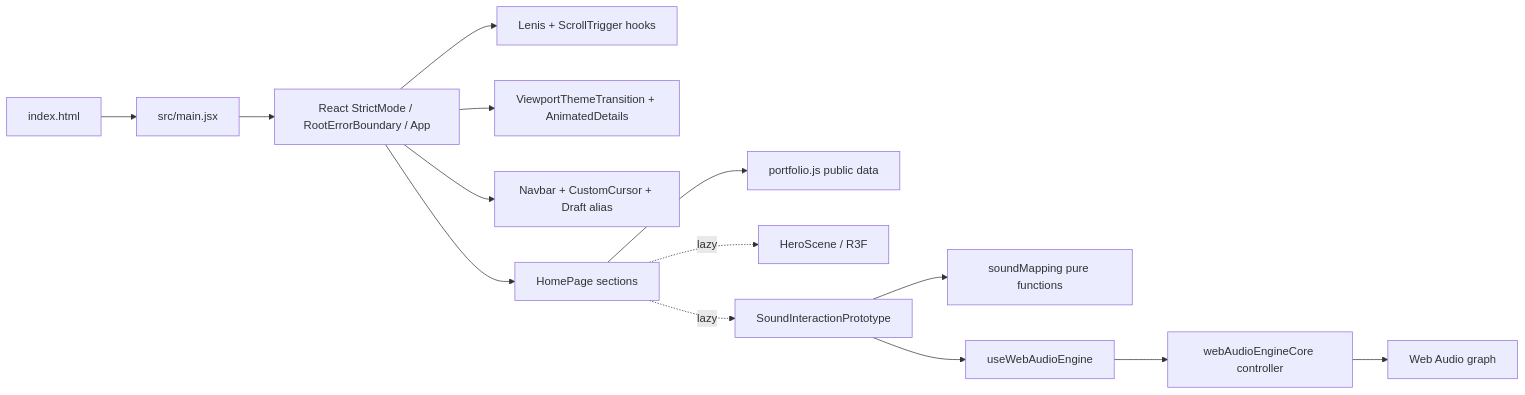
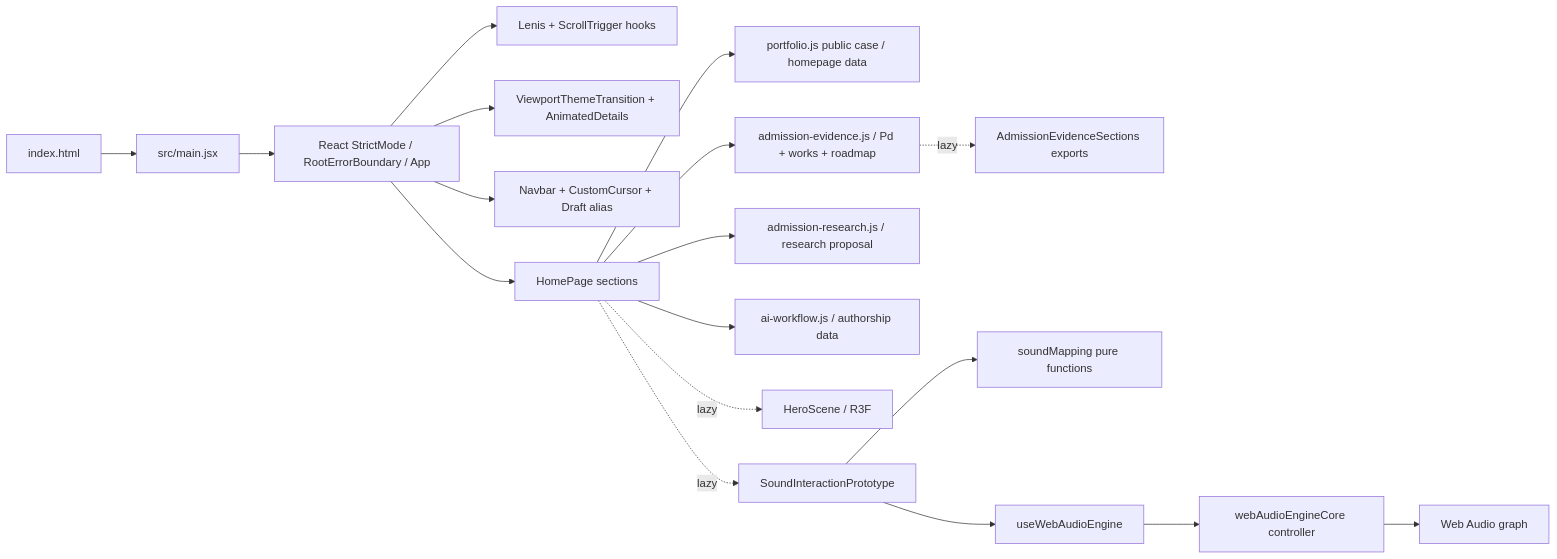
The first of 2 diagrams in docs/website/TECHNICAL_ARCHITECTURE.md (Ruyuang0509/ruyuang-portfolio), drawn with Mermaid before and after one commit. The commit also changed other lines of this file and 50 other files, not shown here.

````diff
--- a/docs/website/TECHNICAL_ARCHITECTURE.md
+++ b/docs/website/TECHNICAL_ARCHITECTURE.md
@@ -27,16 +55,20 @@
 ```mermaid
 flowchart LR
   A["index.html"] --> B["src/main.jsx"]
   B --> C["React StrictMode / RootErrorBoundary / App"]
   C --> D["Lenis + ScrollTrigger hooks"]
   C --> N["ViewportThemeTransition + AnimatedDetails"]
   C --> E["Navbar + CustomCursor + Draft alias"]
   C --> F["HomePage sections"]
-  F --> G["portfolio.js public data"]
+  F --> G["portfolio.js public case / homepage data"]
+  F --> O["admission-evidence.js / Pd + works + roadmap"]
+  F --> P["admission-research.js / research proposal"]
+  F --> Q["ai-workflow.js / authorship data"]
+  O -. lazy .-> R["AdmissionEvidenceSections exports"]
   F -. lazy .-> H["HeroScene / R3F"]
   F -. lazy .-> I["SoundInteractionPrototype"]
   I --> J["soundMapping pure functions"]
   I --> K["useWebAudioEngine"]
   K --> L["webAudioEngineCore controller"]
   L --> M["Web Audio graph"]
 ```
````
